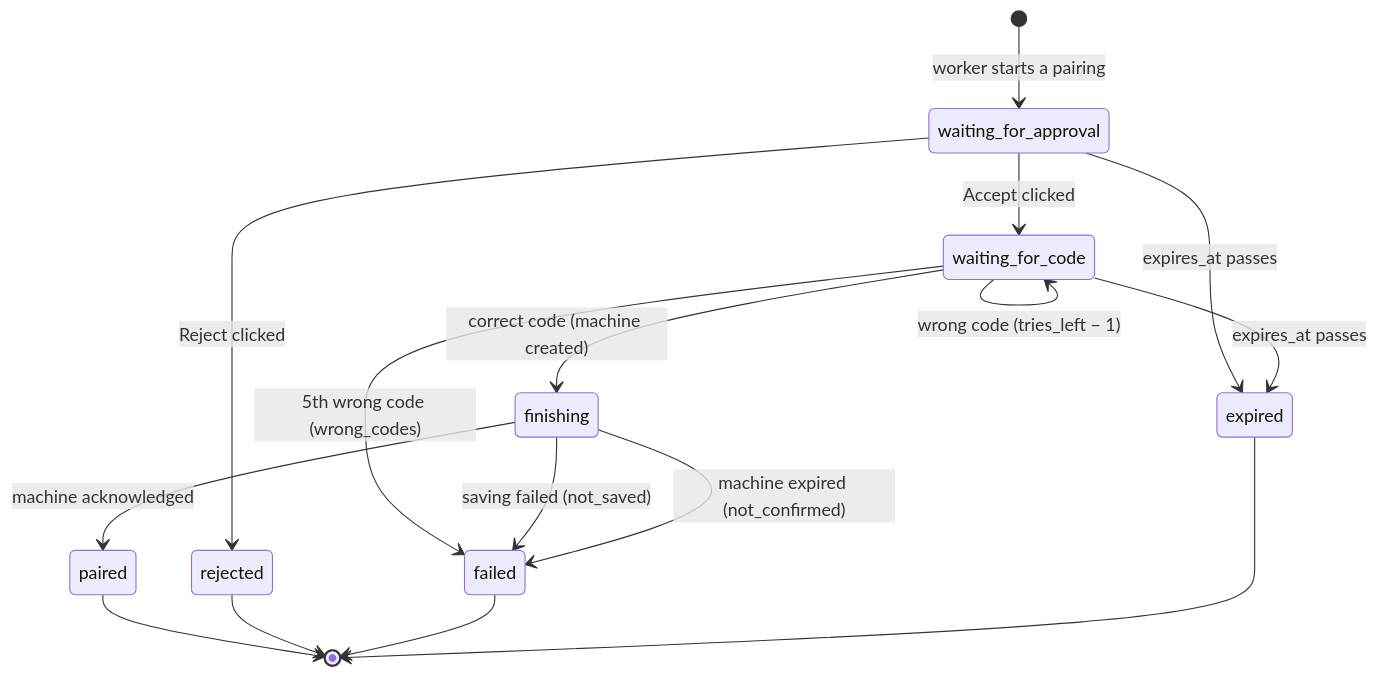
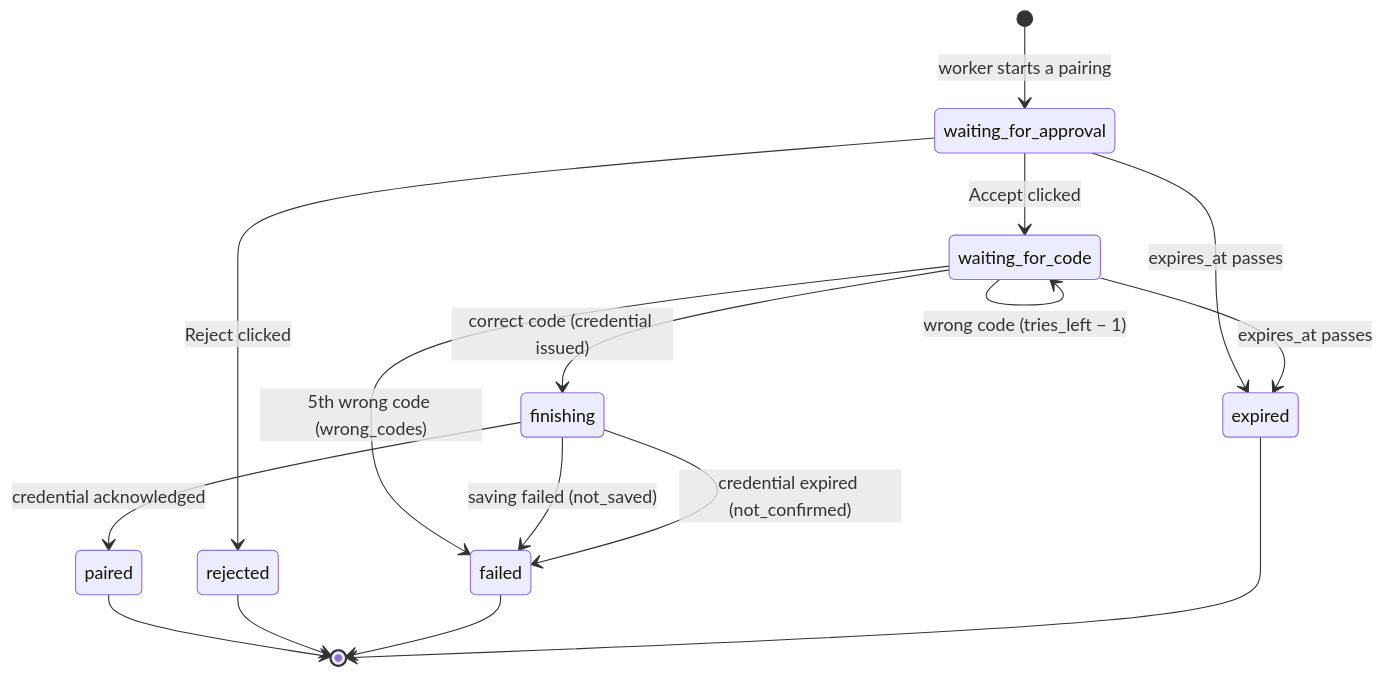
One commit to BertPratya/tervi changed the second of 3 diagrams in design/data-model.md. Above: the diagram before and after it, drawn with Mermaid. The commit also changed other lines of this file, not shown here.

First line of the commit message:
design: data model for 0003: credentials table, identity and match, credential_revoked stop reason

````diff
--- a/design/data-model.md
+++ b/design/data-model.md
@@ -71,18 +88,18 @@
 ```mermaid
 stateDiagram-v2
     [*] --> waiting_for_approval : worker starts a pairing
     waiting_for_approval --> waiting_for_code : Accept clicked
     waiting_for_approval --> rejected : Reject clicked
     waiting_for_approval --> expired : expires_at passes
     waiting_for_code --> waiting_for_code : wrong code (tries_left − 1)
-    waiting_for_code --> finishing : correct code (machine created)
+    waiting_for_code --> finishing : correct code (credential issued)
     waiting_for_code --> failed : 5th wrong code (wrong_codes)
     waiting_for_code --> expired : expires_at passes
-    finishing --> paired : machine acknowledged
+    finishing --> paired : credential acknowledged
     finishing --> failed : saving failed (not_saved)
-    finishing --> failed : machine expired (not_confirmed)
+    finishing --> failed : credential expired (not_confirmed)
     paired --> [*]
     rejected --> [*]
     failed --> [*]
     expired --> [*]
 ```
````
